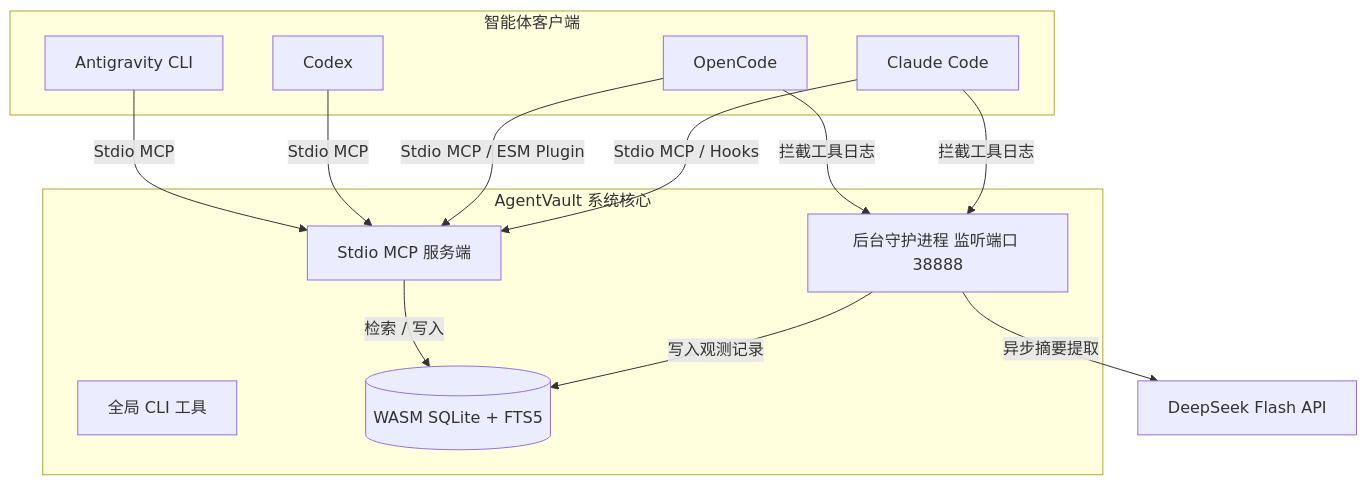
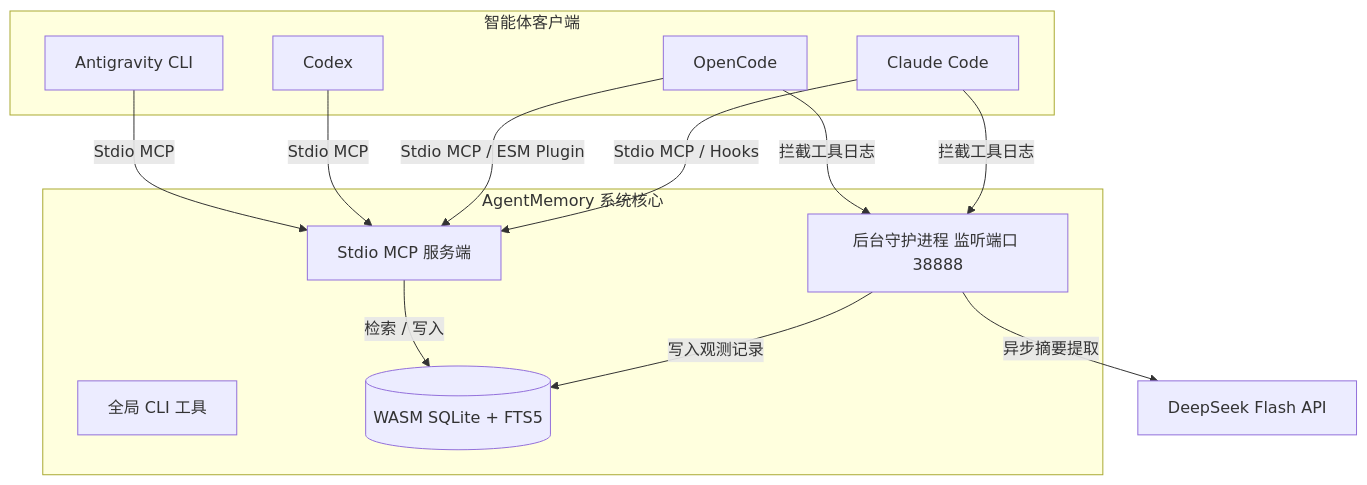
One commit to KuanChen01/AgentMemory changed the diagram in README.zh.md. Above: the diagram before and after it, drawn with Mermaid. The commit also changed other lines of this file and 11 other files, not shown here.

Commit message:
refactor: rename project from AgentVault to AgentMemory (agentmem)

````diff
--- a/README.zh.md
+++ b/README.zh.md
@@ -21,28 +21,28 @@
 ```mermaid
 graph TD
     subgraph Clients [智能体客户端]
         CC[Claude Code]
         OC[OpenCode]
         CX[Codex]
         AG[Antigravity CLI]
     end
 
-    subgraph AgentVault Core [AgentVault 系统核心]
+    subgraph AgentMemory Core [AgentMemory 系统核心]
         CLI[全局 CLI 工具]
         Worker[后台守护进程 监听端口 38888]
         MCP[Stdio MCP 服务端]
         DB[(WASM SQLite + FTS5)]
     end
 
     CC -- Stdio MCP / Hooks --> MCP
     OC -- Stdio MCP / ESM Plugin --> MCP
     CX -- Stdio MCP --> MCP
     AG -- Stdio MCP --> MCP
 
     CC -- 拦截工具日志 --> Worker
     OC -- 拦截工具日志 --> Worker
 
     Worker -- 异步摘要提取 --> LLM[DeepSeek Flash API]
     Worker -- 写入观测记录 --> DB
     MCP -- 检索 / 写入 --> DB
 ```
````
